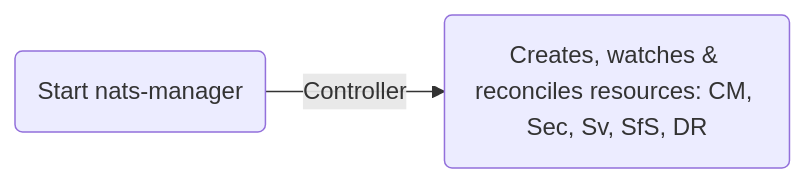
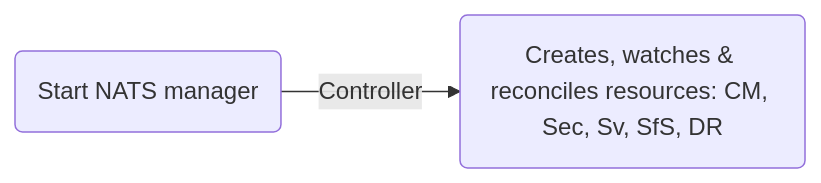
One commit to kyma-project/nats-manager changed the second of 5 diagrams in docs/FlowCharts.md. Above: the diagram before and after it, drawn with Mermaid.

Commit message:
Fix description

````diff
--- a/docs/FlowCharts.md
+++ b/docs/FlowCharts.md
@@ -24,4 +24,4 @@
 ```mermaid
 graph LR
-  A(Start nats-manager) -->|Controller| D(Creates, watches & reconciles resources: CM, Sec, Sv, SfS, DR)
+  A(Start NATS manager) -->|Controller| D(Creates, watches & reconciles resources: CM, Sec, Sv, SfS, DR)
 ```
````
